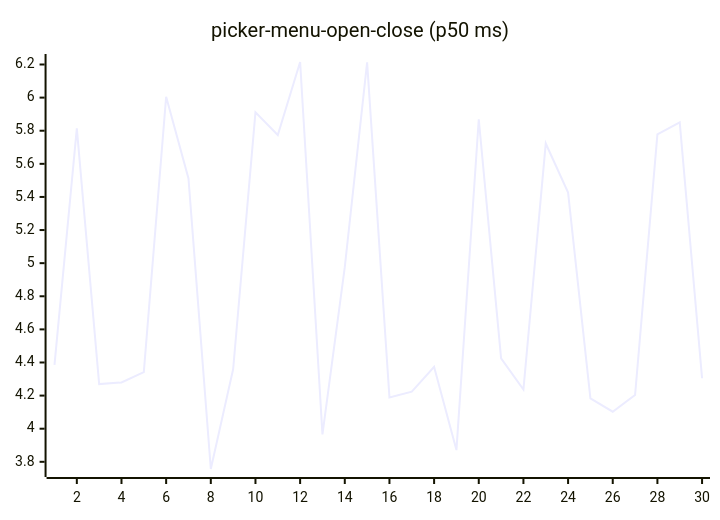
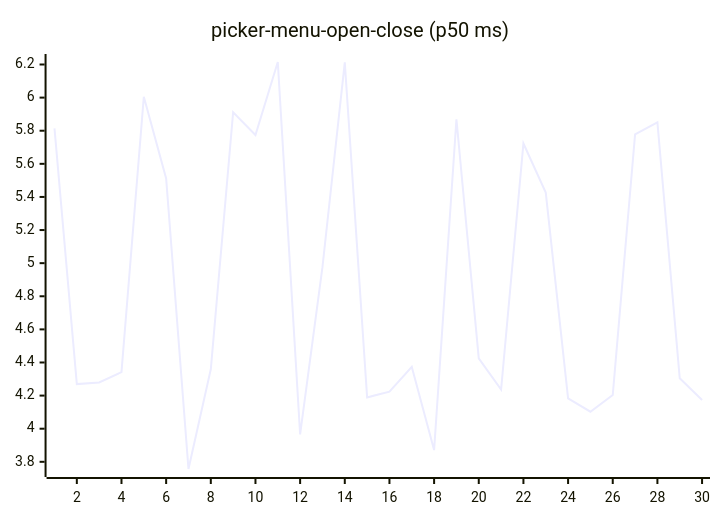
Diagram 16 of 27 in README.md (josha/Facet), drawn with Mermaid before and after one commit. The commit also changed other lines of this file and 2 other files, not shown here.

````diff
--- a/README.md
+++ b/README.md
@@ -168,6 +168,6 @@
 ```mermaid
 xychart-beta
     title "picker-menu-open-close (p50 ms)"
     x-axis 1 --> 30
-    line [4.3851, 5.8139, 4.2694, 4.2792, 4.3416, 6.0052, 5.5122, 3.7566, 4.3593, 5.9114, 5.7740, 6.2151, 3.9652, 4.9760, 6.2132, 4.1891, 4.2236, 4.3733, 3.8708, 5.8694, 4.4248, 4.2362, 5.7230, 5.4264, 4.1828, 4.1028, 4.2034, 5.7775, 5.8503, 4.3049]
+    line [5.8139, 4.2694, 4.2792, 4.3416, 6.0052, 5.5122, 3.7566, 4.3593, 5.9114, 5.7740, 6.2151, 3.9652, 4.9760, 6.2132, 4.1891, 4.2236, 4.3733, 3.8708, 5.8694, 4.4248, 4.2362, 5.7230, 5.4264, 4.1828, 4.1028, 4.2034, 5.7775, 5.8503, 4.3049, 4.1731]
 ```
````
